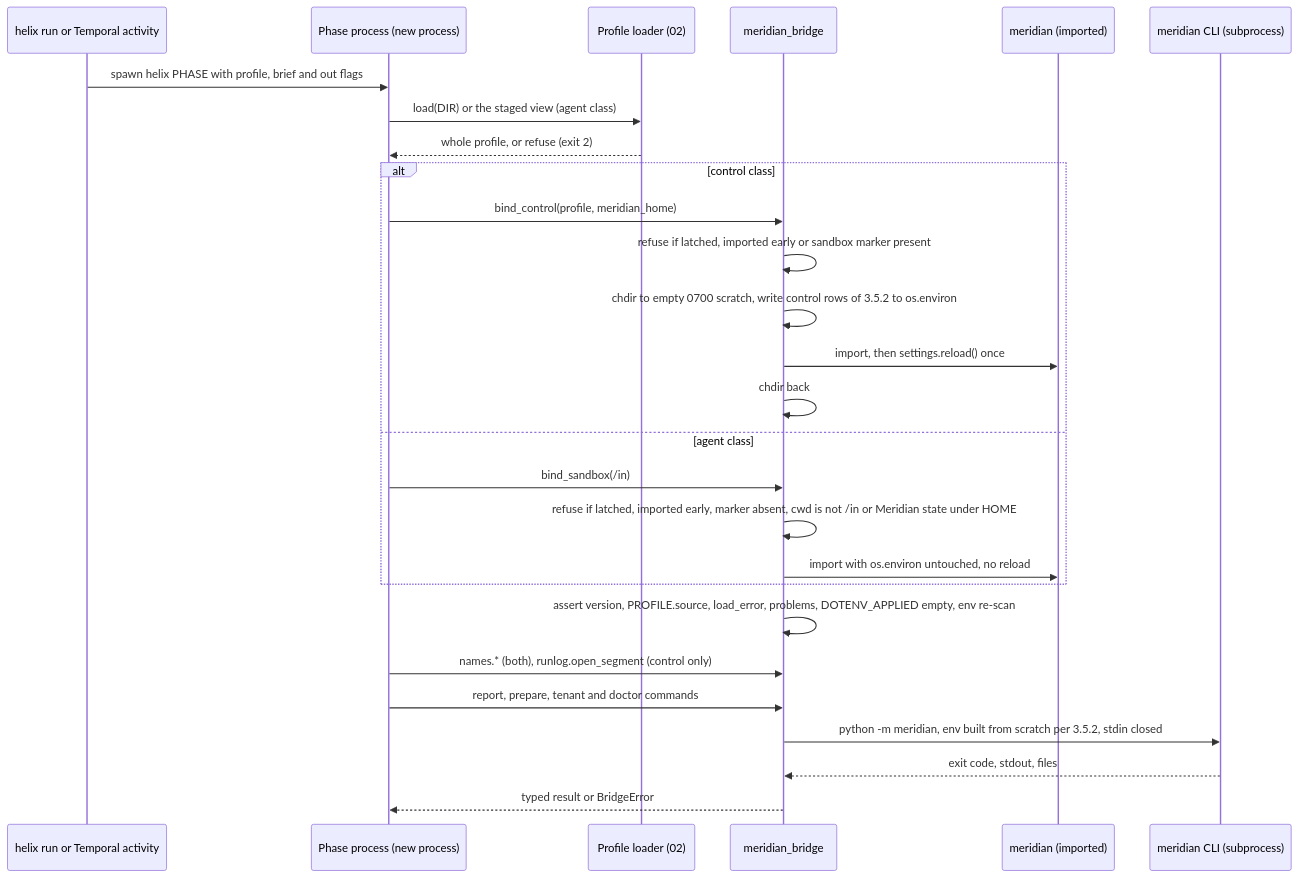
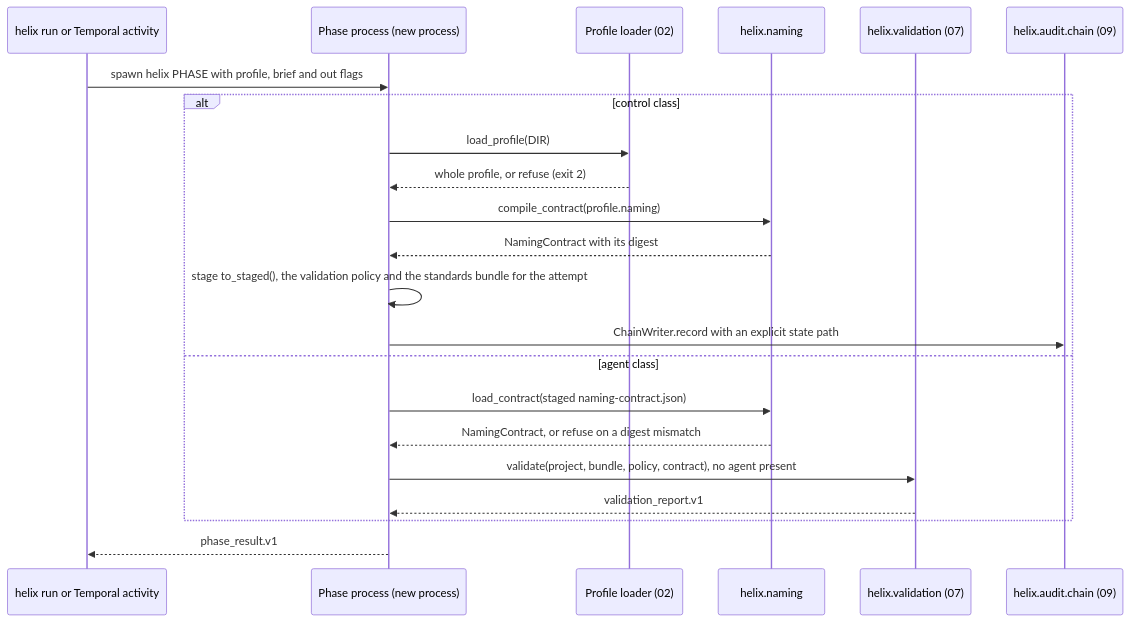
The first of 3 diagrams in docs/lld/01-repository-and-runtime.md (developerhegde/helix), drawn with Mermaid before and after one commit. The commit also changed other lines of this file and 18 other files, not shown here.

````diff
--- a/docs/lld/01-repository-and-runtime.md
+++ b/docs/lld/01-repository-and-runtime.md
@@ -164,29 +157,24 @@
 ```mermaid
 sequenceDiagram
   participant R as helix run or Temporal activity
   participant P as Phase process (new process)
   participant L as Profile loader (02)
-  participant B as meridian_bridge
-  participant M as meridian (imported)
-  participant C as meridian CLI (subprocess)
+  participant N as helix.naming
+  participant V as helix.validation (07)
+  participant C as helix.audit.chain (09)
   R->>P: spawn helix PHASE with profile, brief and out flags
-  P->>L: load(DIR) or the staged view (agent class)
-  L-->>P: whole profile, or refuse (exit 2)
   alt control class
-    P->>B: bind_control(profile, meridian_home)
-    B->>B: refuse if latched, imported early or sandbox marker present
-    B->>B: chdir to empty 0700 scratch, write control rows of 3.5.2 to os.environ
-    B->>M: import, then settings.reload() once
-    B->>B: chdir back
+    P->>L: load_profile(DIR)
+    L-->>P: whole profile, or refuse (exit 2)
+    P->>N: compile_contract(profile.naming)
+    N-->>P: NamingContract with its digest
+    P->>P: stage to_staged(), the validation policy and the standards bundle for the attempt
+    P->>C: ChainWriter.record with an explicit state path
   else agent class
-    P->>B: bind_sandbox(/in)
-    B->>B: refuse if latched, imported early, marker absent, cwd is not /in or Meridian state under HOME
-    B->>M: import with os.environ untouched, no reload
+    P->>N: load_contract(staged naming-contract.json)
+    N-->>P: NamingContract, or refuse on a digest mismatch
+    P->>V: validate(project, bundle, policy, contract), no agent present
+    V-->>P: validation_report.v1
   end
-  B->>B: assert version, PROFILE.source, load_error, problems, DOTENV_APPLIED empty, env re-scan
-  P->>B: names.* (both), runlog.open_segment (control only)
-  P->>B: report, prepare, tenant and doctor commands
-  B->>C: python -m meridian, env built from scratch per 3.5.2, stdin closed
-  C-->>B: exit code, stdout, files
-  B-->>P: typed result or BridgeError
+  P-->>R: phase_result.v1
 ```
````
